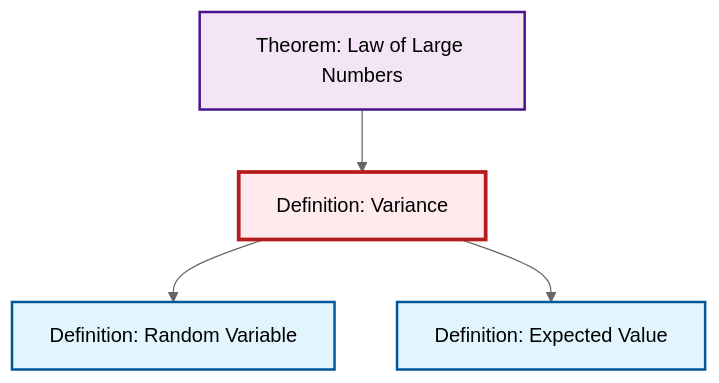
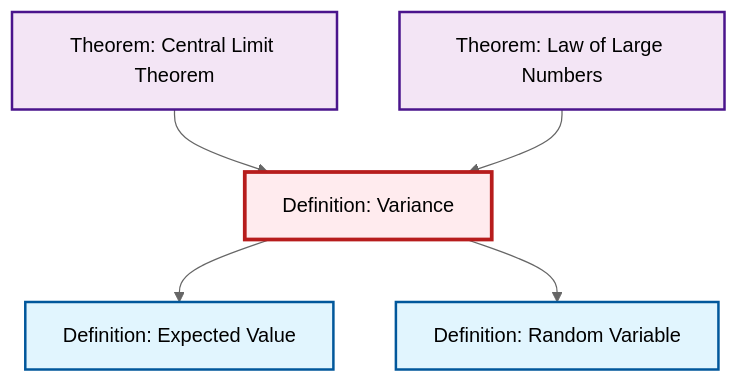
Before and after one commit to RK0429/ModernMath: the second of 2 diagrams in content/en/probability-statistics/def-variance.qmd, drawn with Mermaid (neutral theme). The commit also changed other lines of this file and 491 other files, not shown here.

First line of the commit message:
feat: Add Central Limit Theorem article with comprehensive cross-references

````diff
--- a/content/en/probability-statistics/def-variance.qmd
+++ b/content/en/probability-statistics/def-variance.qmd
@@ -95,20 +101,23 @@
 ```{mermaid}
 %%| fig-cap: "Local dependency graph"
 graph TD
     classDef definition fill:#e1f5fe,stroke:#01579b,stroke-width:2px
     classDef theorem fill:#f3e5f5,stroke:#4a148c,stroke-width:2px
     classDef axiom fill:#fff3e0,stroke:#e65100,stroke-width:2px
     classDef example fill:#e8f5e9,stroke:#1b5e20,stroke-width:2px
     classDef current fill:#ffebee,stroke:#b71c1c,stroke-width:3px
-    def-variance["Definition: Variance"]:::definition
+    def-expectation["Definition: Expected Value"]:::definition
+    thm-central-limit["Theorem: Central Limit Theorem"]:::theorem
     def-random-variable["Definition: Random Variable"]:::definition
     thm-law-of-large-numbers["Theorem: Law of Large Numbers"]:::theorem
-    def-expectation["Definition: Expected Value"]:::definition
+    def-variance["Definition: Variance"]:::definition
+    def-variance --> def-expectation
+    thm-central-limit --> def-variance
+    thm-law-of-large-numbers --> def-variance
     def-variance --> def-random-variable
-    def-variance --> def-expectation
-    thm-law-of-large-numbers --> def-variance
     class def-variance current
+    click def-expectation "def-expectation.html" "Go to Expected Value definition"
+    click thm-central-limit "thm-central-limit.html" "Go to Central Limit Theorem theorem"
     click def-random-variable "def-random-variable.html" "Go to Random Variable definition"
     click thm-law-of-large-numbers "thm-law-of-large-numbers.html" "Go to Law of Large Numbers theorem"
-    click def-expectation "def-expectation.html" "Go to Expected Value definition"
 ```
````
